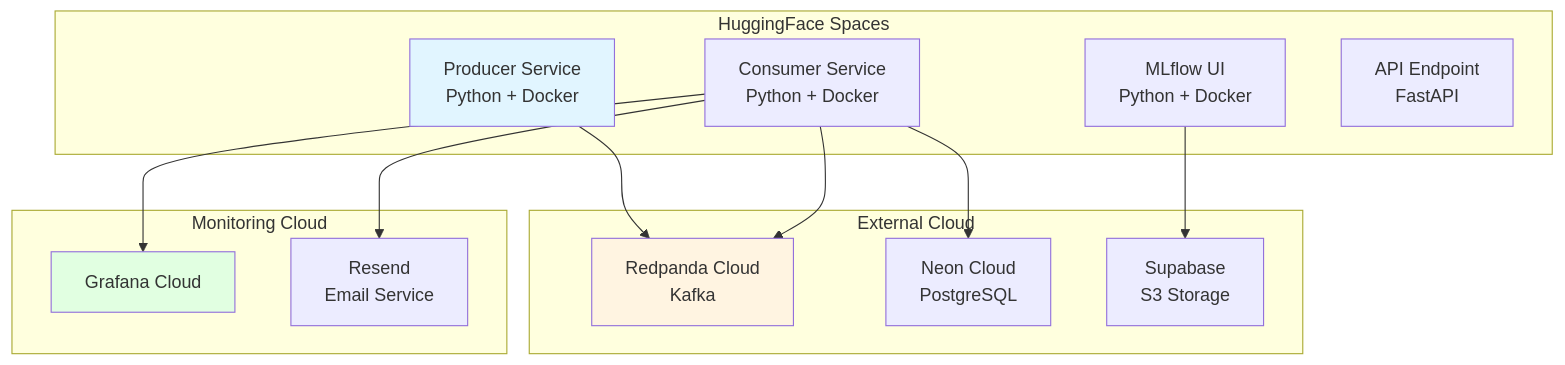
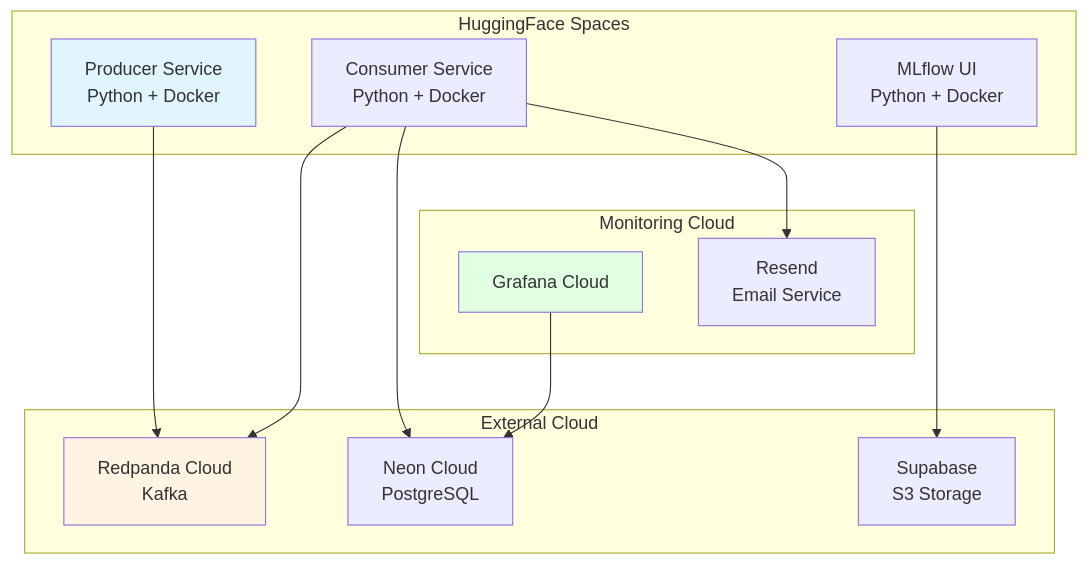
Before and after one commit to jefraudai/jefraudai: the eighth of 8 diagrams in Services/docsify/docs/architecture.md, drawn with Mermaid. The commit also changed other lines of this file and 6 other files, not shown here.

````diff
--- a/Services/docsify/docs/architecture.md
+++ b/Services/docsify/docs/architecture.md
@@ -424,31 +342,30 @@
 ```mermaid
 graph TD
     subgraph "HuggingFace Spaces"
         HF1[Producer Service<br/>Python + Docker]
         HF2[Consumer Service<br/>Python + Docker]
         HF3[MLflow UI<br/>Python + Docker]
-        HF4[API Endpoint<br/>FastAPI]
     end
     
     subgraph "External Cloud"
         EC1[Redpanda Cloud<br/>Kafka]
         EC2[Neon Cloud<br/>PostgreSQL]
         EC3[Supabase<br/>S3 Storage]
     end
     
     subgraph "Monitoring Cloud"
         MC1[Grafana Cloud]
         MC2[Resend<br/>Email Service]
     end
     
     HF1 --> EC1
     HF2 --> EC1
     HF2 --> EC2
     HF3 --> EC3
-    HF2 --> MC1
+    MC1 --> EC2
     HF2 --> MC2
     
     style HF1 fill:#e1f5ff
     style EC1 fill:#fff4e1
     style MC1 fill:#e1ffe1
 ```
````
